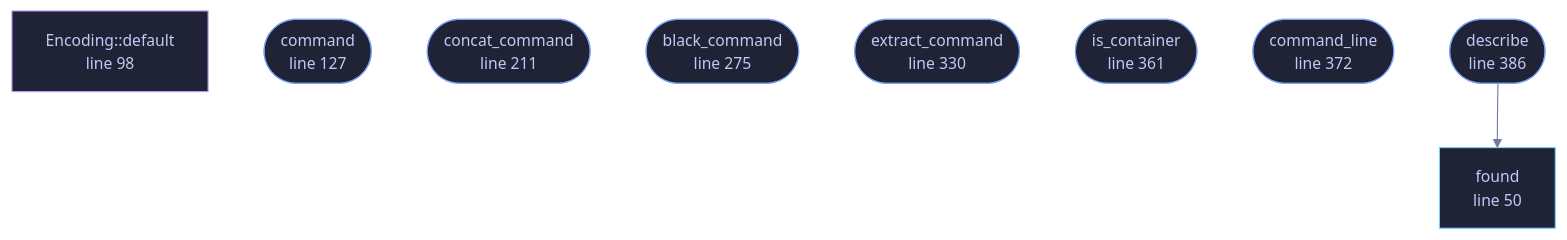
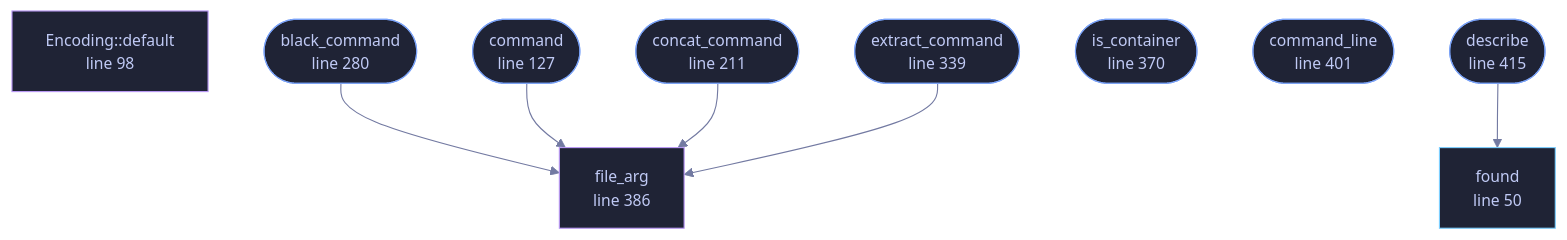
One commit to tilas01/veilvoice changed the diagram in docs/files/veilvoice-video/ffmpeg.md. Above: the diagram before and after it, drawn with Mermaid. The commit also changed other lines of this file and 82 other files, not shown here.

````diff
--- a/docs/files/veilvoice-video/ffmpeg.md
+++ b/docs/files/veilvoice-video/ffmpeg.md
@@ -102,29 +106,35 @@
 ```mermaid
 %%{init: {"theme":"base","themeVariables":{"background":"#1a1b26","primaryColor":"#1f2335","primaryTextColor":"#c0caf5","primaryBorderColor":"#7aa2f7","secondaryColor":"#16161e","tertiaryColor":"#16161e","lineColor":"#737aa2","textColor":"#c0caf5","mainBkg":"#1f2335","nodeBorder":"#7aa2f7","clusterBkg":"#16161e","clusterBorder":"#2f3549","fontFamily":"ui-monospace, SFMono-Regular, Consolas, monospace","fontSize":"14px"}}}%%
 flowchart TD
     n_found["found<br/>line 50"]
     n_default["Encoding::default<br/>line 98"]
     n_command(["command<br/>line 127"])
     n_concat_command(["concat_command<br/>line 211"])
-    n_black_command(["black_command<br/>line 275"])
-    n_extract_command(["extract_command<br/>line 330"])
-    n_is_container(["is_container<br/>line 361"])
-    n_command_line(["command_line<br/>line 372"])
-    n_describe(["describe<br/>line 386"])
+    n_black_command(["black_command<br/>line 280"])
+    n_extract_command(["extract_command<br/>line 339"])
+    n_is_container(["is_container<br/>line 370"])
+    n_file_arg["file_arg<br/>line 386"]
+    n_command_line(["command_line<br/>line 401"])
+    n_describe(["describe<br/>line 415"])
+    n_black_command --> n_file_arg
+    n_command --> n_file_arg
+    n_concat_command --> n_file_arg
     n_describe --> n_found
+    n_extract_command --> n_file_arg
     click n_found href "https://github.com/tilas01/veilvoice/blob/main/crates/veilvoice-video/src/ffmpeg.rs#L50" "open the source"
     click n_default href "https://github.com/tilas01/veilvoice/blob/main/crates/veilvoice-video/src/ffmpeg.rs#L98" "open the source"
     click n_command href "https://github.com/tilas01/veilvoice/blob/main/crates/veilvoice-video/src/ffmpeg.rs#L127" "open the source"
     click n_concat_command href "https://github.com/tilas01/veilvoice/blob/main/crates/veilvoice-video/src/ffmpeg.rs#L211" "open the source"
-    click n_black_command href "https://github.com/tilas01/veilvoice/blob/main/crates/veilvoice-video/src/ffmpeg.rs#L275" "open the source"
-    click n_extract_command href "https://github.com/tilas01/veilvoice/blob/main/crates/veilvoice-video/src/ffmpeg.rs#L330" "open the source"
-    click n_is_container href "https://github.com/tilas01/veilvoice/blob/main/crates/veilvoice-video/src/ffmpeg.rs#L361" "open the source"
-    click n_command_line href "https://github.com/tilas01/veilvoice/blob/main/crates/veilvoice-video/src/ffmpeg.rs#L372" "open the source"
-    click n_describe href "https://github.com/tilas01/veilvoice/blob/main/crates/veilvoice-video/src/ffmpeg.rs#L386" "open the source"
+    click n_black_command href "https://github.com/tilas01/veilvoice/blob/main/crates/veilvoice-video/src/ffmpeg.rs#L280" "open the source"
+    click n_extract_command href "https://github.com/tilas01/veilvoice/blob/main/crates/veilvoice-video/src/ffmpeg.rs#L339" "open the source"
+    click n_is_container href "https://github.com/tilas01/veilvoice/blob/main/crates/veilvoice-video/src/ffmpeg.rs#L370" "open the source"
+    click n_file_arg href "https://github.com/tilas01/veilvoice/blob/main/crates/veilvoice-video/src/ffmpeg.rs#L386" "open the source"
+    click n_command_line href "https://github.com/tilas01/veilvoice/blob/main/crates/veilvoice-video/src/ffmpeg.rs#L401" "open the source"
+    click n_describe href "https://github.com/tilas01/veilvoice/blob/main/crates/veilvoice-video/src/ffmpeg.rs#L415" "open the source"
     classDef entry fill:#1f2335,stroke:#7aa2f7,color:#c0caf5
     class n_command,n_concat_command,n_black_command,n_extract_command,n_is_container,n_command_line,n_describe entry
     classDef api fill:#1f2335,stroke:#7dcfff,color:#c0caf5
     class n_found api
     classDef helper fill:#1f2335,stroke:#bb9af7,color:#c0caf5
-    class n_default helper
+    class n_default,n_file_arg helper
 ```
````
